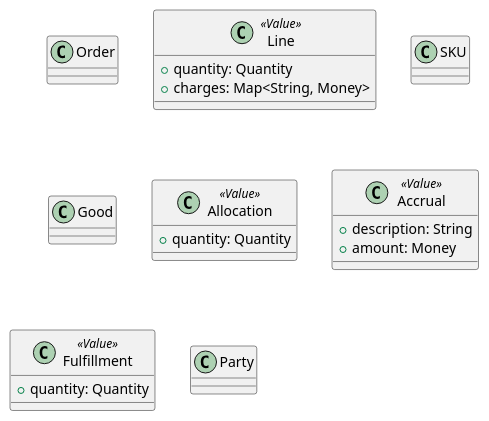
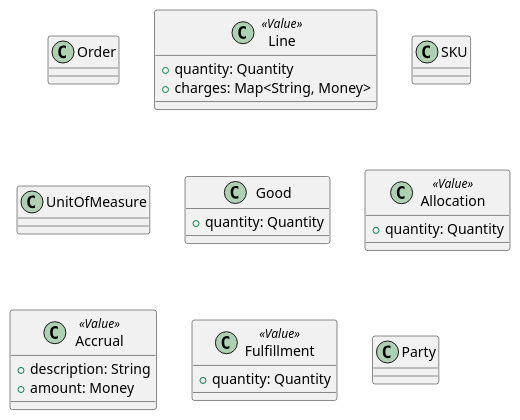
Before and after one commit to jmpicnic/obsidian-docs: the diagram in docs/Projects/supply-chain-information-structure/Overview/transaction-classes.puml, drawn with PlantUML. The commit also changed 4 other files, not shown here.

```diff
--- a/docs/Projects/supply-chain-information-structure/Overview/transaction-classes.puml
+++ b/docs/Projects/supply-chain-information-structure/Overview/transaction-classes.puml
@@ -1,30 +1,35 @@
 @startuml (id=ORDER_CLASSES)
 
 class Order
 class Line<<Value>> {
   +quantity: Quantity
   +charges: Map<String, Money>
 }
+
 class SKU
 
-class Good
+class UnitOfMeasure
+
+class Good {
+  +quantity: Quantity
+}
 
 class Allocation<<Value>>
 class Accrual<<Value>> {
   +description: String
   +amount: Money
 }
 class Fulfillment<<Value>>{
   +quantity: Quantity
 }
 
 
 class Party
 
 
 class Allocation<<Value>> {
   +quantity: Quantity
 }
 
 
 @enduml
```
